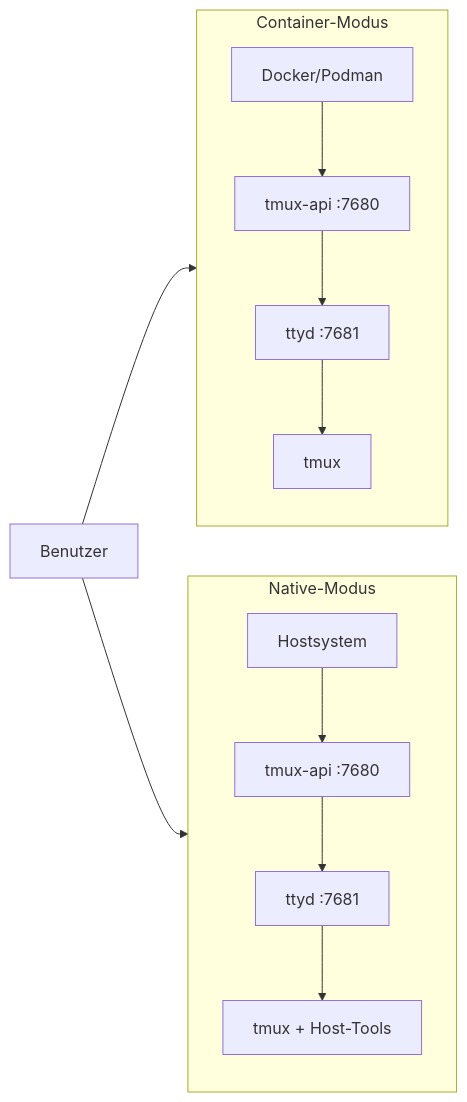
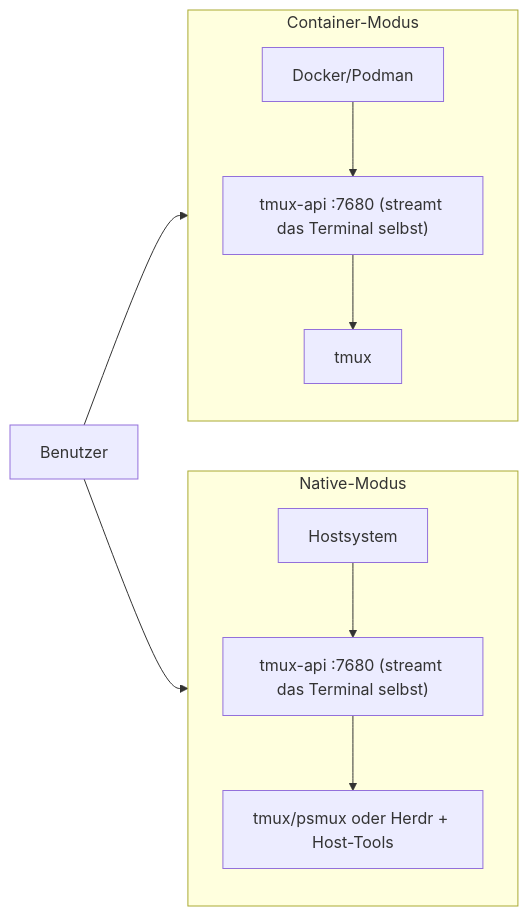
One commit to lamngockhuong/termote changed the second of 2 diagrams in README.de.md. Above: the diagram before and after it, drawn with Mermaid. The commit also changed other lines of this file and 16 other files, not shown here.

````diff
--- a/README.de.md
+++ b/README.de.md
@@ -219,14 +224,14 @@
 ```mermaid
 flowchart LR
     subgraph Container["Container-Modus"]
         direction TB
-        C1["Docker/Podman"] --> C2["tmux-api :7680"] --> C3["ttyd :7681"] --> C4["tmux"]
+        C1["Docker/Podman"] --> C2["tmux-api :7680 (streamt das Terminal selbst)"] --> C3["tmux"]
     end
 
     subgraph Native["Native-Modus"]
         direction TB
-        N1["Hostsystem"] --> N2["tmux-api :7680"] --> N3["ttyd :7681"] --> N4["tmux + Host-Tools"]
+        N1["Hostsystem"] --> N2["tmux-api :7680 (streamt das Terminal selbst)"] --> N3["tmux/psmux oder Herdr + Host-Tools"]
     end
 
     User["Benutzer"] --> Container & Native
 ```
````
